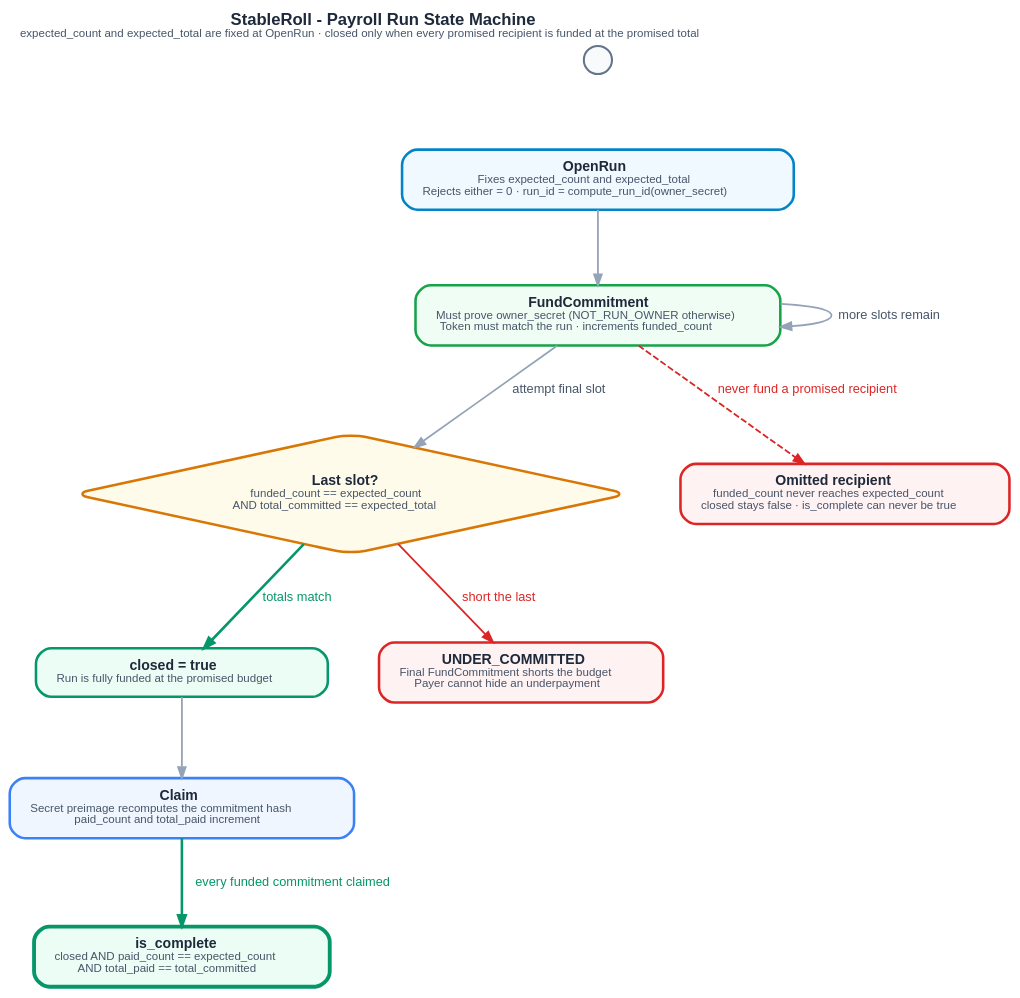
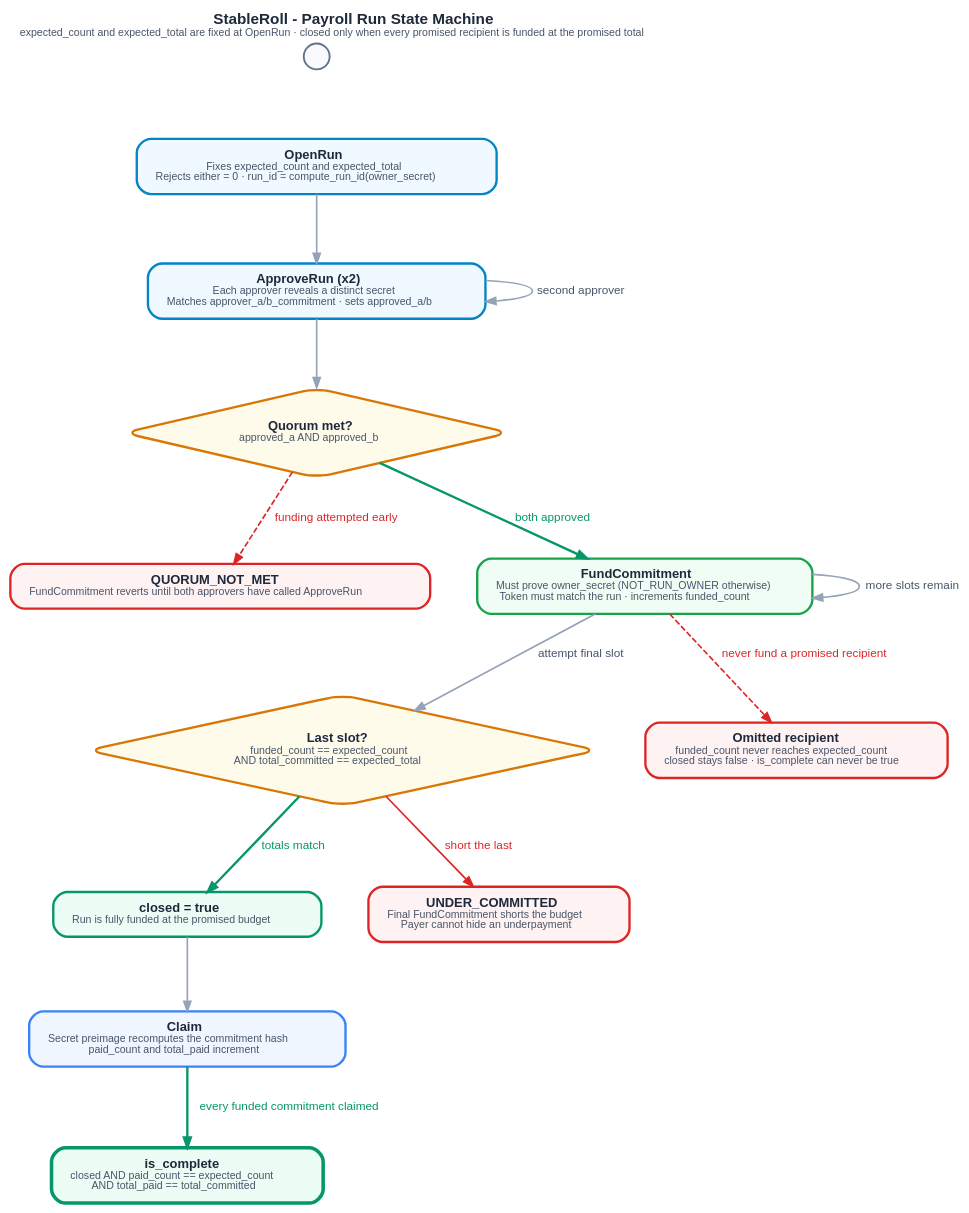
One commit to SunsetLabs-Game/stableroll changed the diagram in diagrams/out/state-machine.dot. Above: the diagram before and after it, drawn with Graphviz. The commit also changed 24 other files, not shown here.

```diff
--- a/diagrams/out/state-machine.dot
+++ b/diagrams/out/state-machine.dot
@@ -1,35 +1,42 @@
 digraph "state-machine" {
   bgcolor="transparent";
   fontname="Helvetica";
   fontsize="13";
   fontcolor="#1E293B";
   labelloc="t";
   labeljust="l";
   pad="0.7";
   nodesep="0.55";
   ranksep="0.8";
   rankdir="TB";
   splines="spline";
   size="12,14";
   label=<<B>StableRoll - Payroll Run State Machine</B><BR/><FONT POINT-SIZE="9" COLOR="#475569">expected_count and expected_total are fixed at OpenRun · closed only when every promised recipient is funded at the promised total</FONT>>;
   node [shape="box", style="filled,rounded", fillcolor="#F8FAFC", color="#64748B", fontname="Helvetica", fontsize="11", fontcolor="#1E293B", margin="0.22,0.13", penwidth="1.6"];
   edge [color="#94A3B8", fontname="Helvetica", fontsize="10", fontcolor="#475569", arrowsize="0.85", penwidth="1.4"];
   start [label="", width="0.3", height="0.3", fixedsize="true", fillcolor="#F8FAFC", color="#64748B", shape="circle"];
   open [label=<<B>OpenRun</B><BR/><FONT POINT-SIZE="9" COLOR="#475569">Fixes expected_count and expected_total</FONT><BR/><FONT POINT-SIZE="9" COLOR="#475569">Rejects either = 0 · run_id = compute_run_id(owner_secret)</FONT>>, fillcolor="#F0F9FF", color="#0284C7", penwidth="2"];
+  approve [label=<<B>ApproveRun (x2)</B><BR/><FONT POINT-SIZE="9" COLOR="#475569">Each approver reveals a distinct secret</FONT><BR/><FONT POINT-SIZE="9" COLOR="#475569">Matches approver_a/b_commitment · sets approved_a/b</FONT>>, fillcolor="#F0F9FF", color="#0284C7", penwidth="2"];
+  quorum [label=<<B>Quorum met?</B><BR/><FONT POINT-SIZE="9" COLOR="#475569">approved_a AND approved_b</FONT>>, fillcolor="#FFFBEB", color="#D97706", shape="diamond", penwidth="2"];
+  quorum_not_met [label=<<B>QUORUM_NOT_MET</B><BR/><FONT POINT-SIZE="9" COLOR="#475569">FundCommitment reverts until both approvers have called ApproveRun</FONT>>, fillcolor="#FEF2F2", color="#DC2626", penwidth="2"];
   fund [label=<<B>FundCommitment</B><BR/><FONT POINT-SIZE="9" COLOR="#475569">Must prove owner_secret (NOT_RUN_OWNER otherwise)</FONT><BR/><FONT POINT-SIZE="9" COLOR="#475569">Token must match the run · increments funded_count</FONT>>, fillcolor="#F0FDF4", color="#16A34A", penwidth="2"];
   last [label=<<B>Last slot?</B><BR/><FONT POINT-SIZE="9" COLOR="#475569">funded_count == expected_count</FONT><BR/><FONT POINT-SIZE="9" COLOR="#475569">AND total_committed == expected_total</FONT>>, fillcolor="#FFFBEB", color="#D97706", shape="diamond", penwidth="2"];
   closed [label=<<B>closed = true</B><BR/><FONT POINT-SIZE="9" COLOR="#475569">Run is fully funded at the promised budget</FONT>>, fillcolor="#ECFDF5", color="#059669", penwidth="2"];
   under [label=<<B>UNDER_COMMITTED</B><BR/><FONT POINT-SIZE="9" COLOR="#475569">Final FundCommitment shorts the budget</FONT><BR/><FONT POINT-SIZE="9" COLOR="#475569">Payer cannot hide an underpayment</FONT>>, fillcolor="#FEF2F2", color="#DC2626", penwidth="2"];
   omit [label=<<B>Omitted recipient</B><BR/><FONT POINT-SIZE="9" COLOR="#475569">funded_count never reaches expected_count</FONT><BR/><FONT POINT-SIZE="9" COLOR="#475569">closed stays false · is_complete can never be true</FONT>>, fillcolor="#FEF2F2", color="#DC2626", penwidth="2"];
   claim [label=<<B>Claim</B><BR/><FONT POINT-SIZE="9" COLOR="#475569">Secret preimage recomputes the commitment hash</FONT><BR/><FONT POINT-SIZE="9" COLOR="#475569">paid_count and total_paid increment</FONT>>, fillcolor="#EFF6FF", color="#3B82F6", penwidth="2"];
   complete [label=<<B>is_complete</B><BR/><FONT POINT-SIZE="9" COLOR="#475569">closed AND paid_count == expected_count</FONT><BR/><FONT POINT-SIZE="9" COLOR="#475569">AND total_paid == total_committed</FONT>>, fillcolor="#ECFDF5", color="#059669", penwidth="3"];
   start -> open [color="#94A3B8", style="invis"];
-  open -> fund [color="#94A3B8"];
+  open -> approve [color="#94A3B8"];
+  approve -> approve [color="#94A3B8", label="second approver"];
+  approve -> quorum [color="#94A3B8"];
+  quorum -> fund [color="#059669", label="both approved", fontcolor="#059669", penwidth="2"];
+  quorum -> quorum_not_met [color="#DC2626", label="funding attempted early", fontcolor="#DC2626", style="dashed"];
   fund -> fund [color="#94A3B8", label="more slots remain"];
   fund -> last [color="#94A3B8", label="attempt final slot"];
   last -> closed [color="#059669", label="totals match", fontcolor="#059669", penwidth="2"];
   last -> under [color="#DC2626", label="short the last", fontcolor="#DC2626"];
   fund -> omit [color="#DC2626", label="never fund a promised recipient", fontcolor="#DC2626", style="dashed"];
   closed -> claim [color="#94A3B8"];
   claim -> complete [color="#059669", label="every funded commitment claimed", fontcolor="#059669", penwidth="2"];
 }
```
